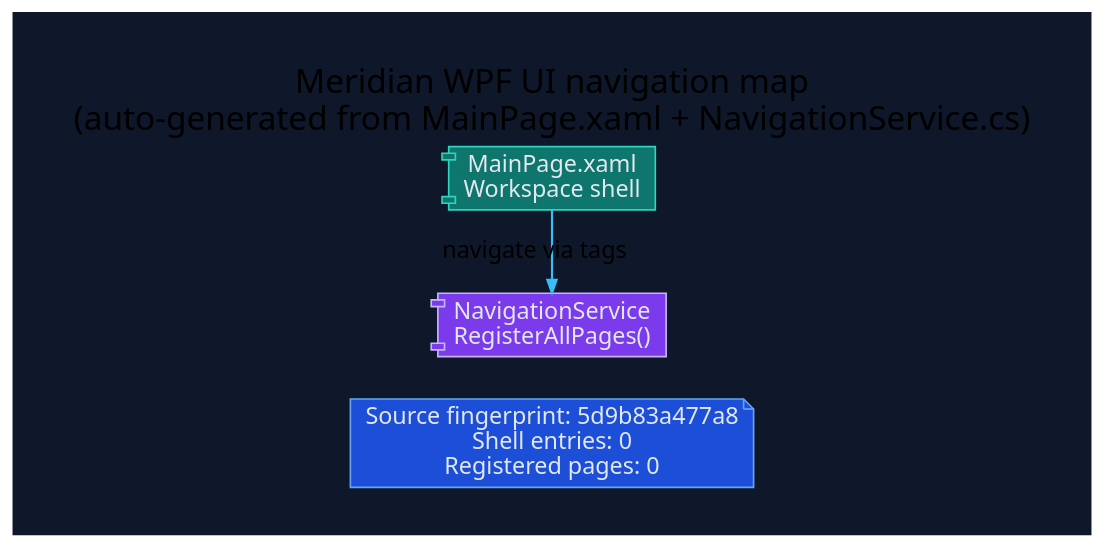
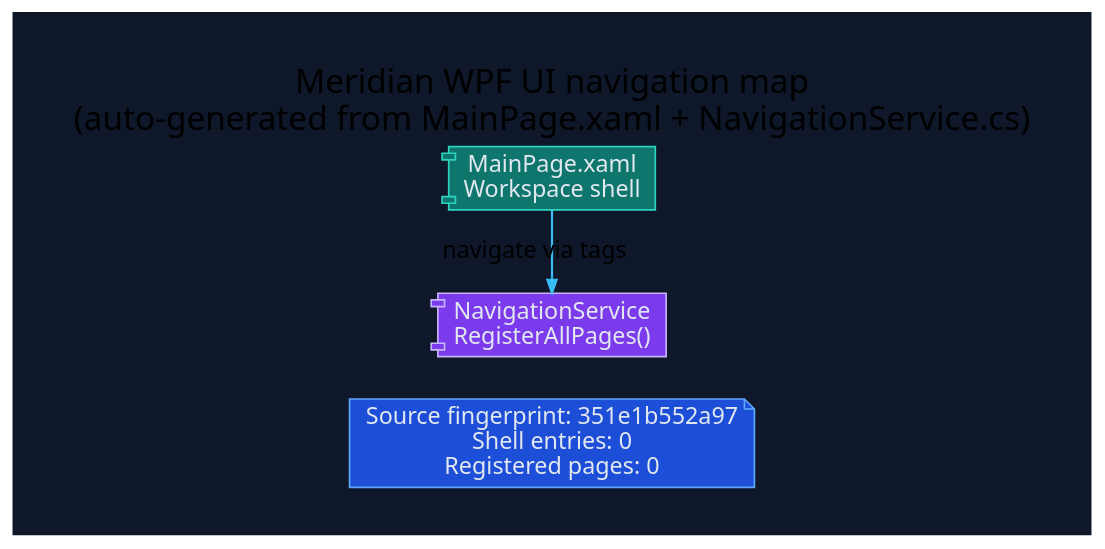
The diagram in docs/diagrams/ui-navigation-map.dot (rodoHasArrived/Meridian-main), drawn with Graphviz before and after one commit. The commit also changed 5 other files, not shown here.

Commit message:
docs(diagrams): regenerate diagram artifacts from sources

```diff
--- a/docs/diagrams/ui-navigation-map.dot
+++ b/docs/diagrams/ui-navigation-map.dot
@@ -1,27 +1,27 @@
 // -----------------------------------------------------------------------------
 // <auto-generated>
 // Generated by scripts/generate-diagrams.mjs.
 // Do not edit this file directly; update the WPF source files instead.
 // -----------------------------------------------------------------------------
 digraph UiNavigationMap {
   graph [
     rankdir=LR,
     labelloc=t,
     label="Meridian WPF UI navigation map\n(auto-generated from MainPage.xaml + NavigationService.cs)",
     fontname="Segoe UI",
     fontsize=20,
     pad=0.4,
     nodesep=0.35,
     ranksep=1.0,
     bgcolor="#0f172a"
   ];
   node [fontname="Segoe UI", shape=box, style="rounded,filled", color="#475569", fontcolor="#e2e8f0", fillcolor="#1e293b"];
   edge [fontname="Segoe UI", color="#94a3b8", penwidth=1.3, arrowsize=0.8];
 
-  generated [shape=note, fillcolor="#1d4ed8", color="#60a5fa", label="Source fingerprint: 5d9b83a477a8\nShell entries: 0\nRegistered pages: 0"];
+  generated [shape=note, fillcolor="#1d4ed8", color="#60a5fa", label="Source fingerprint: 351e1b552a97\nShell entries: 0\nRegistered pages: 0"];
   shell [shape=component, fillcolor="#0f766e", color="#2dd4bf", label="MainPage.xaml\nWorkspace shell"];
   navigation [shape=component, fillcolor="#7c3aed", color="#c4b5fd", label="NavigationService\nRegisterAllPages()"];
   shell -> navigation [label="navigate via tags", color="#38bdf8"];
 
   { rank=min; generated; shell; navigation; }
 }
```
